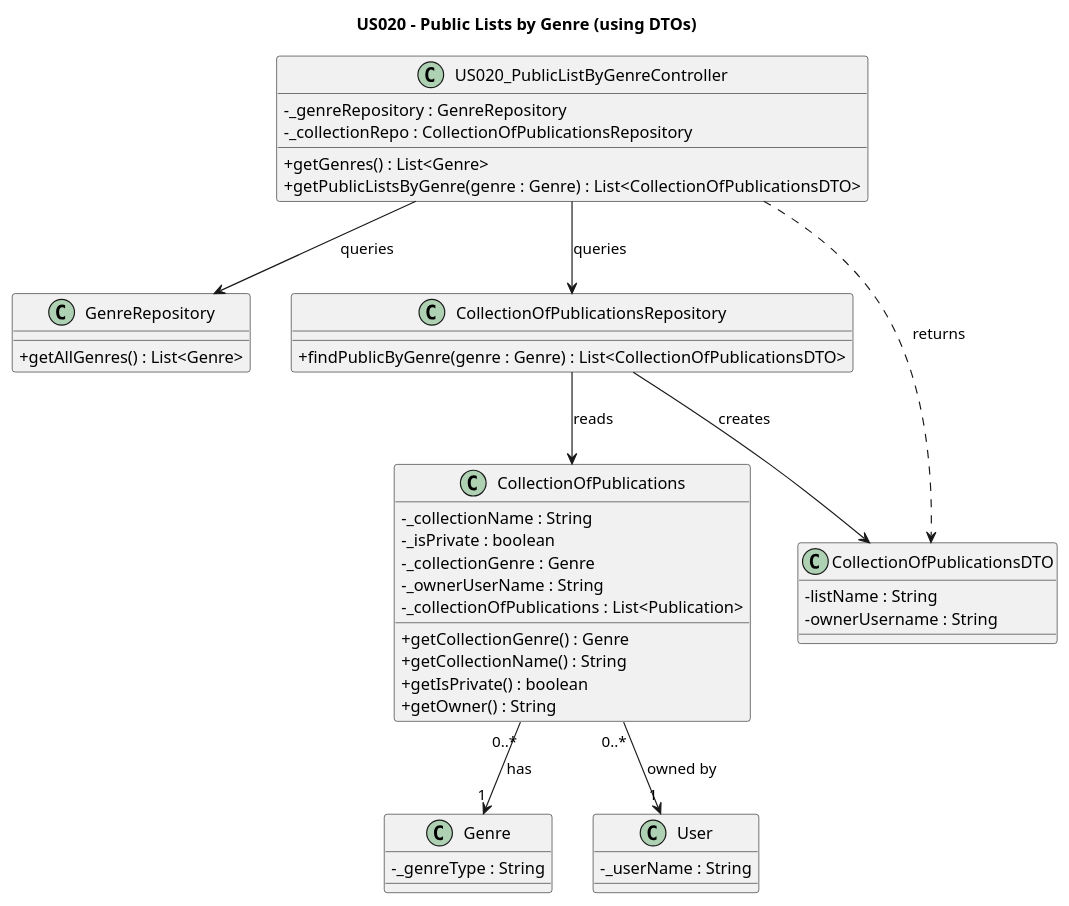
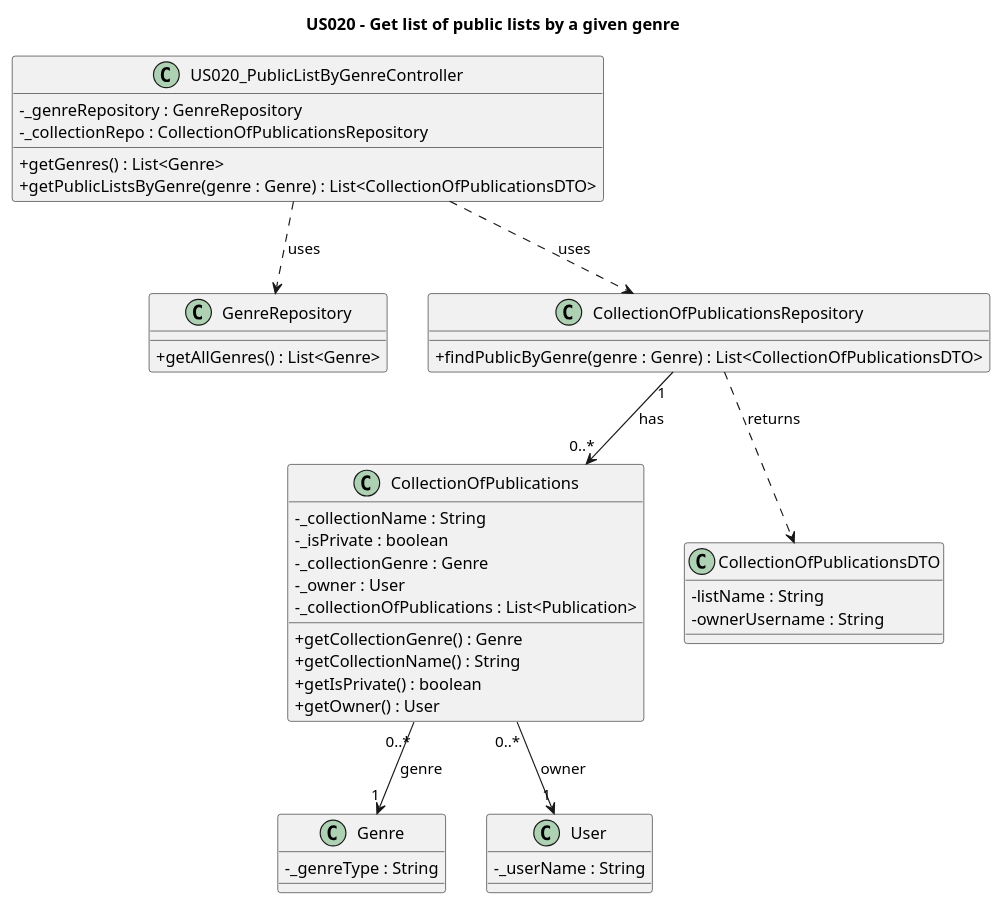
Before and after one commit to AndrePereiraGitH/SWitCH-Project-Team_A: the diagram in Diagrams/ClassDiagrams/US020-to-get-list-of-public-lists-of-a-given-genre.puml, drawn with PlantUML. The commit also changed 6 other files, not shown here.

```diff
--- a/Diagrams/ClassDiagrams/US020-to-get-list-of-public-lists-of-a-given-genre.puml
+++ b/Diagrams/ClassDiagrams/US020-to-get-list-of-public-lists-of-a-given-genre.puml
@@ -1,57 +1,56 @@
 @startuml
 skinparam classAttributeIconSize 0
 
-title US020 - Public Lists by Genre (using DTOs)
+title US020 - Get list of public lists by a given genre
 
 class US020_PublicListByGenreController {
   - _genreRepository : GenreRepository
   - _collectionRepo : CollectionOfPublicationsRepository
   + getGenres() : List<Genre>
   + getPublicListsByGenre(genre : Genre) : List<CollectionOfPublicationsDTO>
 }
 
 class GenreRepository {
   + getAllGenres() : List<Genre>
 }
 
 class CollectionOfPublicationsRepository {
   + findPublicByGenre(genre : Genre) : List<CollectionOfPublicationsDTO>
 }
 
 class Genre {
   - _genreType : String
 }
 
 class User {
   - _userName : String
 }
 
 class CollectionOfPublications {
   - _collectionName : String
   - _isPrivate : boolean
   - _collectionGenre : Genre
-  - _ownerUserName : String
+  - _owner : User
   - _collectionOfPublications : List<Publication>
   + getCollectionGenre() : Genre
   + getCollectionName() : String
   + getIsPrivate() : boolean
-  + getOwner() : String
+  + getOwner() : User
 }
 
 class CollectionOfPublicationsDTO {
   - listName : String
   - ownerUsername : String
 }
 
-US020_PublicListByGenreController --> GenreRepository : queries
-US020_PublicListByGenreController --> CollectionOfPublicationsRepository : queries
+US020_PublicListByGenreController ..> GenreRepository : uses
+US020_PublicListByGenreController ..> CollectionOfPublicationsRepository : uses
 
-CollectionOfPublicationsRepository --> CollectionOfPublications : reads
-CollectionOfPublicationsRepository --> CollectionOfPublicationsDTO : creates
+CollectionOfPublicationsRepository "1" --> "0..*" CollectionOfPublications : has
 
-CollectionOfPublications "0..*" --> "1" Genre : has
-CollectionOfPublications "0..*" --> "1" User : owned by
+CollectionOfPublications "0..*" --> "1" Genre : genre
+CollectionOfPublications "0..*" --> "1" User : owner
 
-US020_PublicListByGenreController ..> CollectionOfPublicationsDTO : returns
+CollectionOfPublicationsRepository ..> CollectionOfPublicationsDTO : returns
 
 @enduml
```
